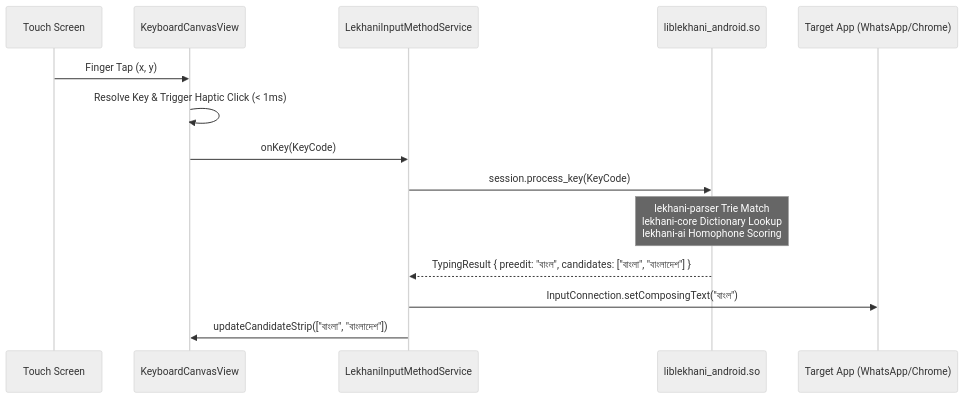
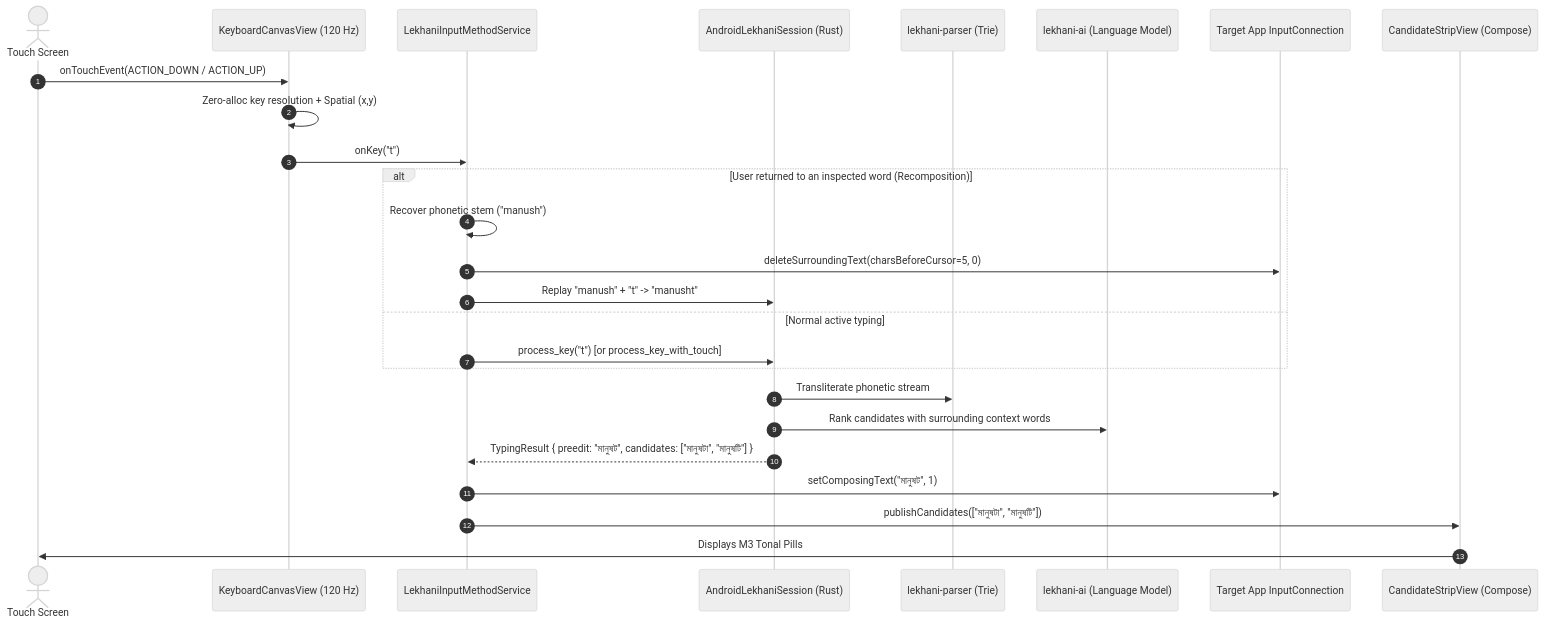
One commit to sintaulsiam/lekhani-android changed the first of 2 diagrams in ARCHITECTURE.md. Above: the diagram before and after it, drawn with Mermaid (neutral theme). The commit also changed other lines of this file and 4 other files, not shown here.

Commit message:
feat: add Avro dynamic recomposition and configurable candidate strip order preferences

````diff
--- a/ARCHITECTURE.md
+++ b/ARCHITECTURE.md
@@ -47,17 +78,32 @@
 ```mermaid
 sequenceDiagram
-    participant User as Touch Screen
-    participant View as KeyboardCanvasView
+    autonumber
+    actor User as Touch Screen
+    participant Canvas as KeyboardCanvasView (120 Hz)
     participant IMS as LekhaniInputMethodService
-    participant Rust as liblekhani_android.so
-    participant App as Target App (WhatsApp/Chrome)
+    participant Session as AndroidLekhaniSession (Rust)
+    participant Parser as lekhani-parser (Trie)
+    participant AI as lekhani-ai (Language Model)
+    participant IC as Target App InputConnection
+    participant Strip as CandidateStripView (Compose)
 
-    User->>View: Finger Tap (x, y)
-    View->>View: Resolve Key & Trigger Haptic Click (< 1ms)
-    View->>IMS: onKey(KeyCode)
-    IMS->>Rust: session.process_key(KeyCode)
-    Note over Rust: lekhani-parser Trie Match<br/>lekhani-core Dictionary Lookup<br/>lekhani-ai Homophone Scoring
-    Rust-->>IMS: TypingResult { preedit: "বাংল", candidates: ["বাংলা", "বাংলাদেশ"] }
-    IMS->>App: InputConnection.setComposingText("বাংল")
-    IMS->>View: updateCandidateStrip(["বাংলা", "বাংলাদেশ"])
+    User->>Canvas: onTouchEvent(ACTION_DOWN / ACTION_UP)
+    Canvas->>Canvas: Zero-alloc key resolution + Spatial (x,y)
+    Canvas->>IMS: onKey("t")
+    
+    alt User returned to an inspected word (Recomposition)
+        IMS->>IMS: Recover phonetic stem ("manush")
+        IMS->>IC: deleteSurroundingText(charsBeforeCursor=5, 0)
+        IMS->>Session: Replay "manush" + "t" -> "manusht"
+    else Normal active typing
+        IMS->>Session: process_key("t") [or process_key_with_touch]
+    end
+
+    Session->>Parser: Transliterate phonetic stream
+    Session->>AI: Rank candidates with surrounding context words
+    Session-->>IMS: TypingResult { preedit: "মানুষট", candidates: ["মানুষটা", "মানুষটি"] }
+
+    IMS->>IC: setComposingText("মানুষট", 1)
+    IMS->>Strip: publishCandidates(["মানুষটা", "মানুষটি"])
+    Strip->>User: Displays M3 Tonal Pills
 ```
````
